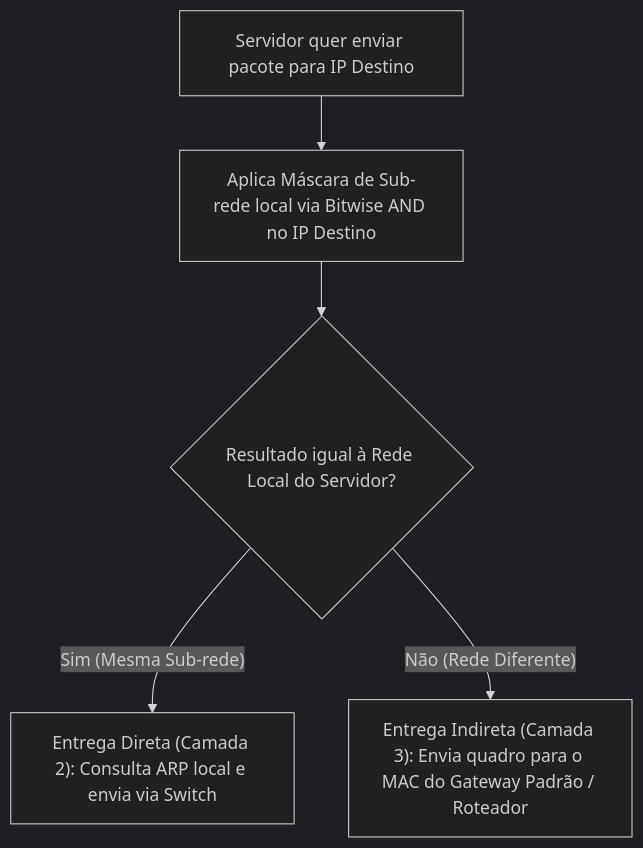
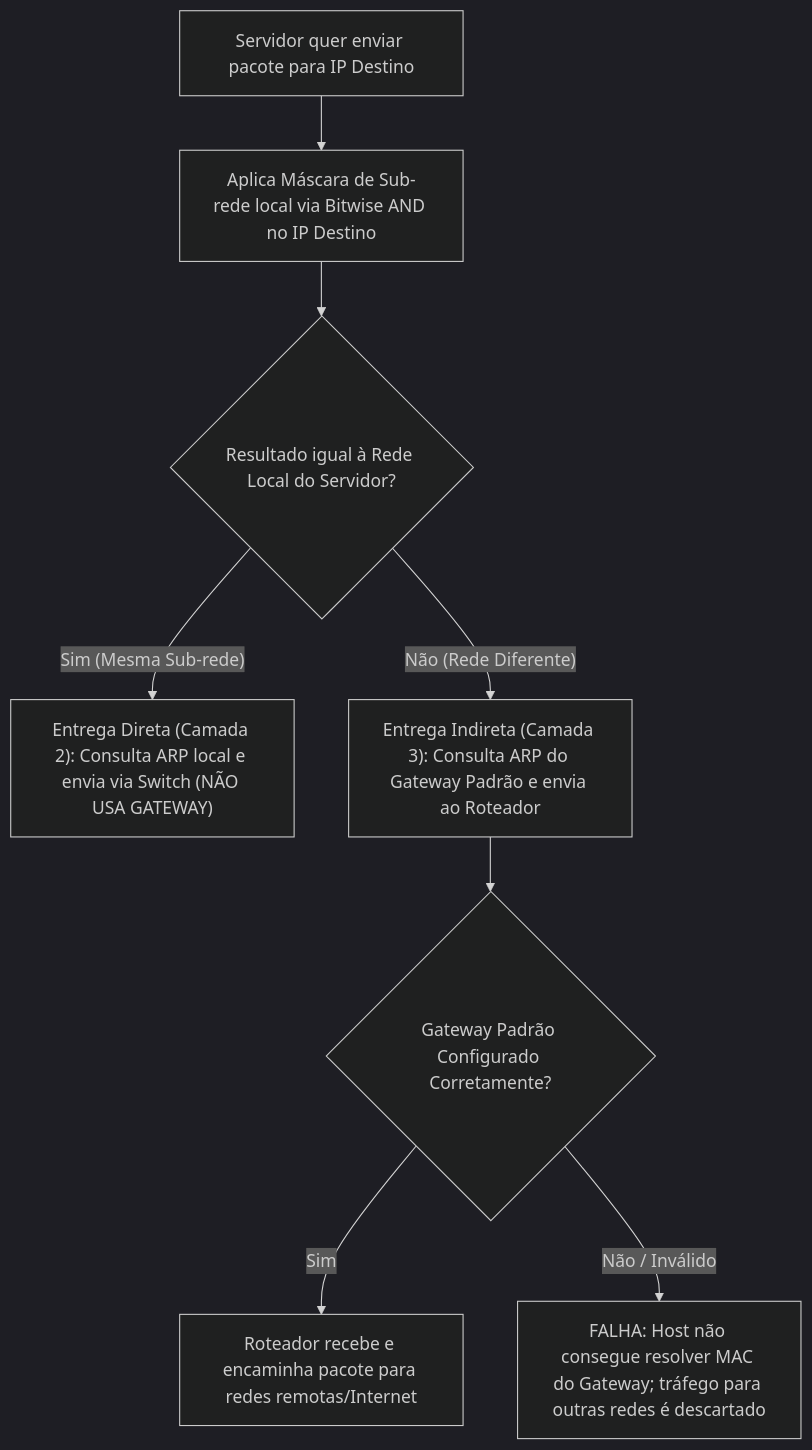
One commit to carloshenriquedutra/computer-science changed diagram 13 of 15 in 04-solucoes-tecnologicas-para-cloud-e-redes/00-meu-caderno.md. Above: the diagram before and after it, drawn with Mermaid (dark theme). The commit also changed other lines of this file, not shown here.

````diff
--- a/04-solucoes-tecnologicas-para-cloud-e-redes/00-meu-caderno.md
+++ b/04-solucoes-tecnologicas-para-cloud-e-redes/00-meu-caderno.md
@@ -1404,7 +1404,10 @@
 ```mermaid
 flowchart TD
     A["Servidor quer enviar pacote para IP Destino"] --> B["Aplica Máscara de Sub-rede local via Bitwise AND no IP Destino"]
     B --> C{"Resultado igual à Rede Local do Servidor?"}
-    C -- "Sim (Mesma Sub-rede)" --> D["Entrega Direta (Camada 2): Consulta ARP local e envia via Switch"]
-    C -- "Não (Rede Diferente)" --> E["Entrega Indireta (Camada 3): Envia quadro para o MAC do Gateway Padrão / Roteador"]
+    C -- "Sim (Mesma Sub-rede)" --> D["Entrega Direta (Camada 2): Consulta ARP local e envia via Switch (NÃO USA GATEWAY)"]
+    C -- "Não (Rede Diferente)" --> E["Entrega Indireta (Camada 3): Consulta ARP do Gateway Padrão e envia ao Roteador"]
+    E --> F{"Gateway Padrão Configurado Corretamente?"}
+    F -- "Sim" --> G["Roteador recebe e encaminha pacote para redes remotas/Internet"]
+    F -- "Não / Inválido" --> H["FALHA: Host não consegue resolver MAC do Gateway; tráfego para outras redes é descartado"]
 ```
````
